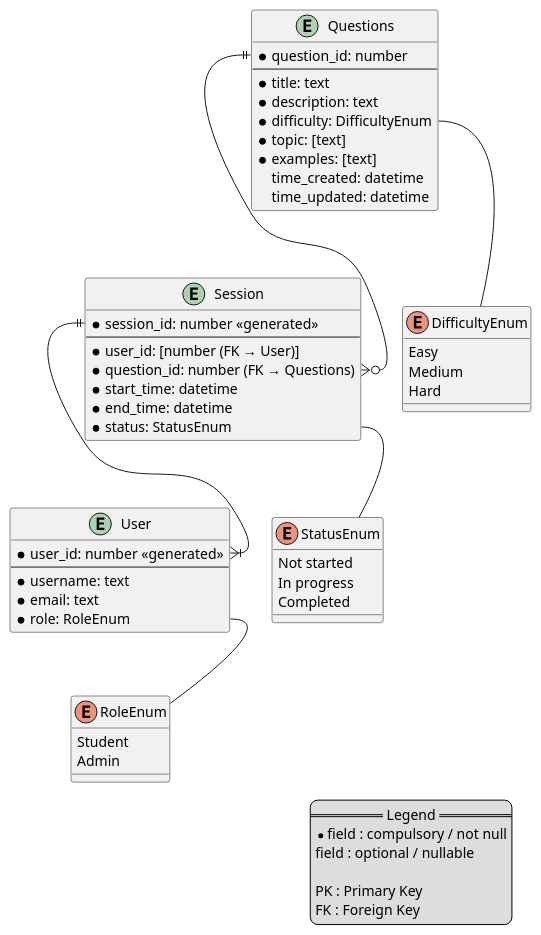
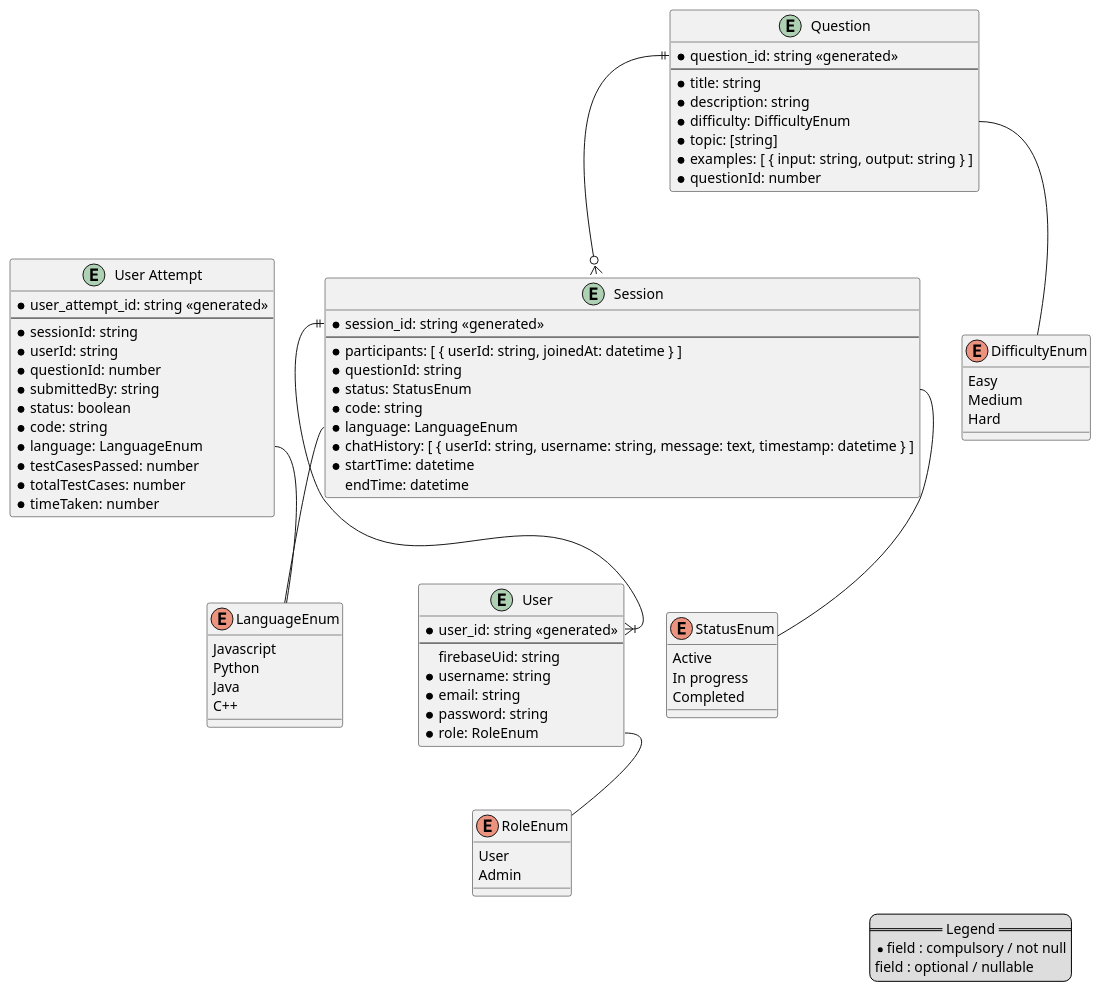
The diagram in docs/entity-relationship-diagram.puml (CS3219-AY2526Sem1/cs3219-ay2526s1-project-g14), drawn with PlantUML before and after one commit.

Commit message:
Update ERD

```diff
--- a/docs/entity-relationship-diagram.puml
+++ b/docs/entity-relationship-diagram.puml
@@ -1,70 +1,95 @@
 @startuml Database structure
 
 ' avoid problems with angled crows feet
 
 entity "User" as user {
-    *user_id: number <<generated>>
+    *user_id: string <<generated>>
     --
-    *username: text
-    *email: text
+    firebaseUid: string
+    *username: string
+    *email: string
+    *password: string
     *role: RoleEnum
 }
 
-entity "Questions" as questions {
-    *question_id: number
+entity "Question" as question {
+    *question_id: string <<generated>>
     --
-    *title: text
-    *description: text
+    *title: string
+    *description: string
     *difficulty: DifficultyEnum
-    *topic: [text]
-    *examples: [text]
-    time_created: datetime
-    time_updated: datetime
+    *topic: [string]
+    *examples: [ { input: string, output: string } ]
+    *questionId: number
 }
 
 entity "Session" as session {
-    *session_id: number <<generated>>
+    *session_id: string <<generated>>
     --
-    *user_id: [number (FK → User)]
-    *question_id: number (FK → Questions)
-    *start_time: datetime
-    *end_time: datetime
+    *participants: [ { userId: string, joinedAt: datetime } ] 
+    *questionId: string
     *status: StatusEnum
+    *code: string
+    *language: LanguageEnum
+    *chatHistory: [ { userId: string, username: string, message: text, timestamp: datetime } ]
+    *startTime: datetime
+    endTime: datetime
+}
+
+entity "User Attempt" as userattempt {
+    *user_attempt_id: string <<generated>>
+    --
+    *sessionId: string 
+    *userId: string
+    *questionId: number
+    *submittedBy: string
+    *status: boolean
+    *code: string
+    *language: LanguageEnum
+    *testCasesPassed: number
+    *totalTestCases: number
+    *timeTaken: number
 }
 
 ' Enums
 enum DifficultyEnum {
     Easy
     Medium
     Hard
 }
 
 enum StatusEnum {
-    Not started
+    Active
     In progress
     Completed
 }
 
+enum LanguageEnum {
+    Javascript
+    Python 
+    Java
+    C++
+}
+
 enum RoleEnum {
-    Student
+    User
     Admin
 }
 
 session::_id ||--|{ user::user_id
-questions::_id ||--o{ session::question_id
+question::_id ||--o{ session::question_id
 
 ' Link fields to enums
 user::role -- RoleEnum
-questions::difficulty -- DifficultyEnum
+question::difficulty -- DifficultyEnum
 session::status -- StatusEnum
+session::language -- LanguageEnum
+userattempt::language -- LanguageEnum
 
 legend right
     == Legend ==
     *field : compulsory / not null
     field : optional / nullable
-
-    PK : Primary Key
-    FK : Foreign Key
 endlegend
 
 @enduml
```
